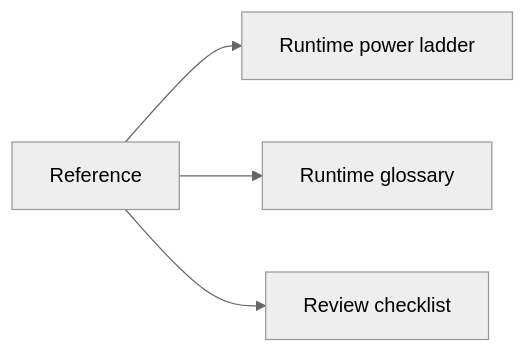
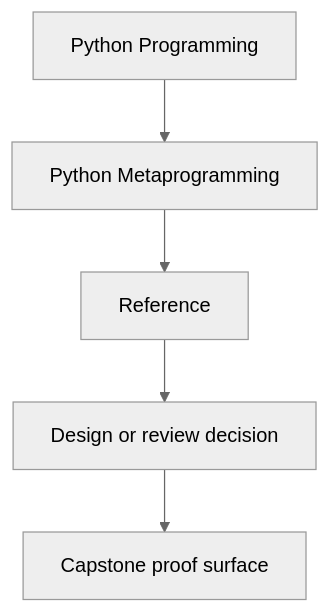
Before and after one commit to bijux/bijux-masterclass: the first of 2 diagrams in programs/python-programming/python-meta-programming/course-book/reference/index.md, drawn with Mermaid (neutral theme). The commit also changed other lines of this file and 3 other files, not shown here.

Commit message:
docs(python-meta-programming): reframe course-book entry diagrams

````diff
--- a/programs/python-programming/python-meta-programming/course-book/reference/index.md
+++ b/programs/python-programming/python-meta-programming/course-book/reference/index.md
@@ -6,11 +6,7 @@
 ```mermaid
-graph LR
-  reference["Reference"]
-  ladder["Runtime power ladder"]
-  glossary["Runtime glossary"]
-  review["Review checklist"]
-
-  reference --> ladder
-  reference --> glossary
-  reference --> review
+flowchart TD
+  family["Python Programming"] --> program["Python Metaprogramming"]
+  program --> reference["Reference"]
+  reference --> review["Design or review decision"]
+  review --> capstone["Capstone proof surface"]
 ```
````
